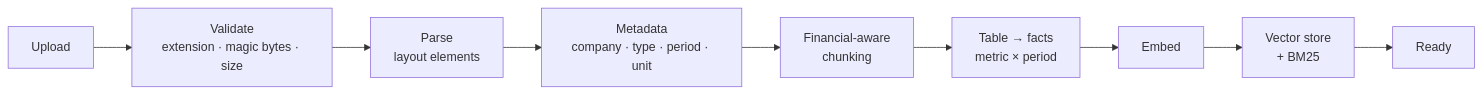
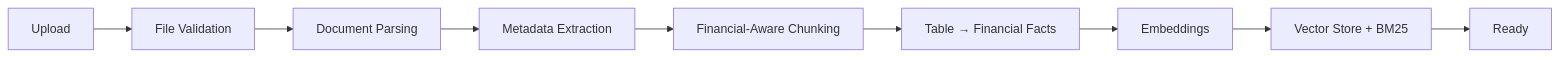
One commit to Niladri962/FinResearch-AI changed the second of 5 diagrams in README.md. Above: the diagram before and after it, drawn with Mermaid. The commit also changed other lines of this file, not shown here.

````diff
--- a/README.md
+++ b/README.md
@@ -90,5 +395,13 @@
 ```mermaid
 flowchart LR
-    A[Upload] --> B["Validate<br/>extension · magic bytes · size"] --> C["Parse<br/>layout elements"] --> D["Metadata<br/>company · type · period · unit"]
-    D --> E["Financial-aware<br/>chunking"] --> F["Table → facts<br/>metric × period"] --> G[Embed] --> H["Vector store<br/>+ BM25"] --> I[Ready]
+
+    A[Upload]
+    --> B["File Validation"]
+    --> C["Document Parsing"]
+    --> D["Metadata Extraction"]
+    --> E["Financial-Aware Chunking"]
+    --> F["Table → Financial Facts"]
+    --> G["Embeddings"]
+    --> H["Vector Store + BM25"]
+    --> I[Ready]
 ```
````
